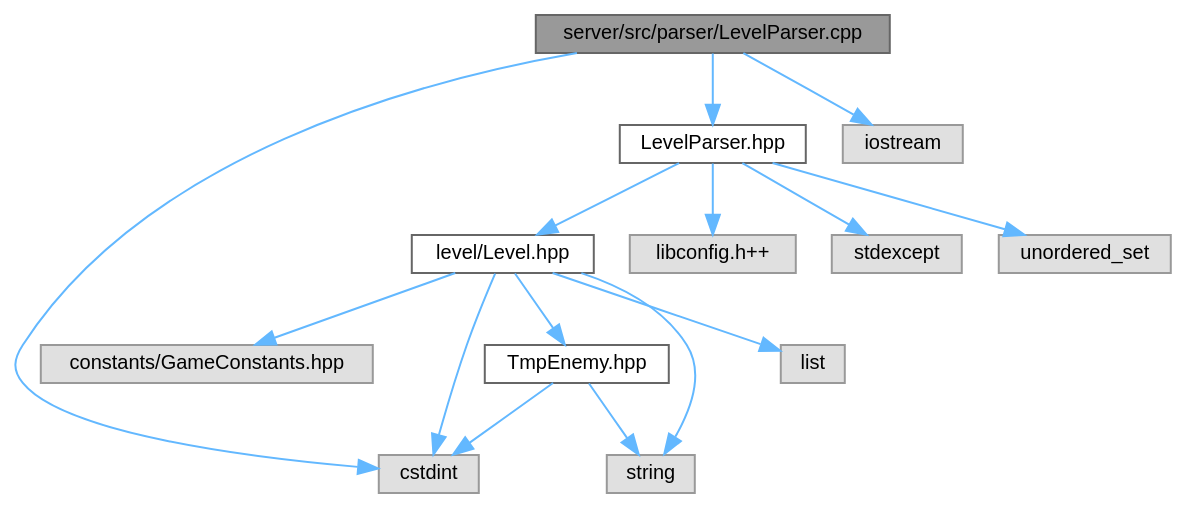
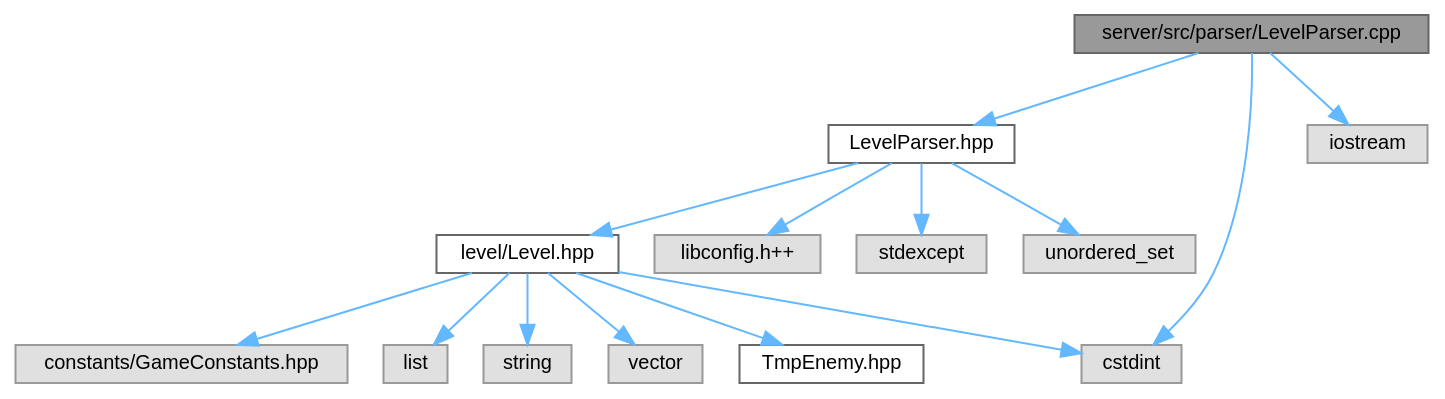
The diagram in LevelParser_8cpp__incl.dot (Houpsi/R-Type), drawn with Graphviz before and after one commit. The commit also changed 285 other files, not shown here.

```diff
--- a/LevelParser_8cpp__incl.dot
+++ b/LevelParser_8cpp__incl.dot
@@ -1,33 +1,33 @@
 digraph "server/src/parser/LevelParser.cpp"
 {
  // LATEX_PDF_SIZE
   bgcolor="transparent";
   edge [fontname=Helvetica,fontsize=10,labelfontname=Helvetica,labelfontsize=10];
   node [fontname=Helvetica,fontsize=10,shape=box,height=0.2,width=0.4];
   Node1 [id="Node000001",label="server/src/parser/LevelParser.cpp",height=0.2,width=0.4,color="gray40", fillcolor="grey60", style="filled", fontcolor="black",tooltip=" "];
   Node1 -> Node2 [id="edge1_Node000001_Node000002",color="steelblue1",style="solid",tooltip=" "];
   Node2 [id="Node000002",label="LevelParser.hpp",height=0.2,width=0.4,color="grey40", fillcolor="white", style="filled",URL="$LevelParser_8hpp.html",tooltip=" "];
   Node2 -> Node3 [id="edge2_Node000002_Node000003",color="steelblue1",style="solid",tooltip=" "];
   Node3 [id="Node000003",label="level/Level.hpp",height=0.2,width=0.4,color="grey40", fillcolor="white", style="filled",URL="$Level_8hpp.html",tooltip=" "];
   Node3 -> Node4 [id="edge3_Node000003_Node000004",color="steelblue1",style="solid",tooltip=" "];
   Node4 [id="Node000004",label="constants/GameConstants.hpp",height=0.2,width=0.4,color="grey60", fillcolor="#E0E0E0", style="filled",tooltip=" "];
   Node3 -> Node5 [id="edge4_Node000003_Node000005",color="steelblue1",style="solid",tooltip=" "];
   Node5 [id="Node000005",label="cstdint",height=0.2,width=0.4,color="grey60", fillcolor="#E0E0E0", style="filled",tooltip=" "];
   Node3 -> Node6 [id="edge5_Node000003_Node000006",color="steelblue1",style="solid",tooltip=" "];
   Node6 [id="Node000006",label="list",height=0.2,width=0.4,color="grey60", fillcolor="#E0E0E0", style="filled",tooltip=" "];
   Node3 -> Node7 [id="edge6_Node000003_Node000007",color="steelblue1",style="solid",tooltip=" "];
   Node7 [id="Node000007",label="string",height=0.2,width=0.4,color="grey60", fillcolor="#E0E0E0", style="filled",tooltip=" "];
   Node3 -> Node8 [id="edge7_Node000003_Node000008",color="steelblue1",style="solid",tooltip=" "];
-  Node8 [id="Node000008",label="TmpEnemy.hpp",height=0.2,width=0.4,color="grey40", fillcolor="white", style="filled",URL="$TmpEnemy_8hpp.html",tooltip=" "];
-  Node8 -> Node5 [id="edge8_Node000008_Node000005",color="steelblue1",style="solid",tooltip=" "];
-  Node8 -> Node7 [id="edge9_Node000008_Node000007",color="steelblue1",style="solid",tooltip=" "];
-  Node2 -> Node9 [id="edge10_Node000002_Node000009",color="steelblue1",style="solid",tooltip=" "];
-  Node9 [id="Node000009",label="libconfig.h++",height=0.2,width=0.4,color="grey60", fillcolor="#E0E0E0", style="filled",tooltip=" "];
-  Node2 -> Node10 [id="edge11_Node000002_Node000010",color="steelblue1",style="solid",tooltip=" "];
-  Node10 [id="Node000010",label="stdexcept",height=0.2,width=0.4,color="grey60", fillcolor="#E0E0E0", style="filled",tooltip=" "];
-  Node2 -> Node11 [id="edge12_Node000002_Node000011",color="steelblue1",style="solid",tooltip=" "];
-  Node11 [id="Node000011",label="unordered_set",height=0.2,width=0.4,color="grey60", fillcolor="#E0E0E0", style="filled",tooltip=" "];
-  Node1 -> Node5 [id="edge13_Node000001_Node000005",color="steelblue1",style="solid",tooltip=" "];
-  Node1 -> Node12 [id="edge14_Node000001_Node000012",color="steelblue1",style="solid",tooltip=" "];
-  Node12 [id="Node000012",label="iostream",height=0.2,width=0.4,color="grey60", fillcolor="#E0E0E0", style="filled",tooltip=" "];
+  Node8 [id="Node000008",label="vector",height=0.2,width=0.4,color="grey60", fillcolor="#E0E0E0", style="filled",tooltip=" "];
+  Node3 -> Node9 [id="edge8_Node000003_Node000009",color="steelblue1",style="solid",tooltip=" "];
+  Node9 [id="Node000009",label="TmpEnemy.hpp",height=0.2,width=0.4,color="grey40", fillcolor="white", style="filled",URL="$TmpEnemy_8hpp.html",tooltip=" "];
+  Node2 -> Node10 [id="edge9_Node000002_Node000010",color="steelblue1",style="solid",tooltip=" "];
+  Node10 [id="Node000010",label="libconfig.h++",height=0.2,width=0.4,color="grey60", fillcolor="#E0E0E0", style="filled",tooltip=" "];
+  Node2 -> Node11 [id="edge10_Node000002_Node000011",color="steelblue1",style="solid",tooltip=" "];
+  Node11 [id="Node000011",label="stdexcept",height=0.2,width=0.4,color="grey60", fillcolor="#E0E0E0", style="filled",tooltip=" "];
+  Node2 -> Node12 [id="edge11_Node000002_Node000012",color="steelblue1",style="solid",tooltip=" "];
+  Node12 [id="Node000012",label="unordered_set",height=0.2,width=0.4,color="grey60", fillcolor="#E0E0E0", style="filled",tooltip=" "];
+  Node1 -> Node5 [id="edge12_Node000001_Node000005",color="steelblue1",style="solid",tooltip=" "];
+  Node1 -> Node13 [id="edge13_Node000001_Node000013",color="steelblue1",style="solid",tooltip=" "];
+  Node13 [id="Node000013",label="iostream",height=0.2,width=0.4,color="grey60", fillcolor="#E0E0E0", style="filled",tooltip=" "];
 }
```
